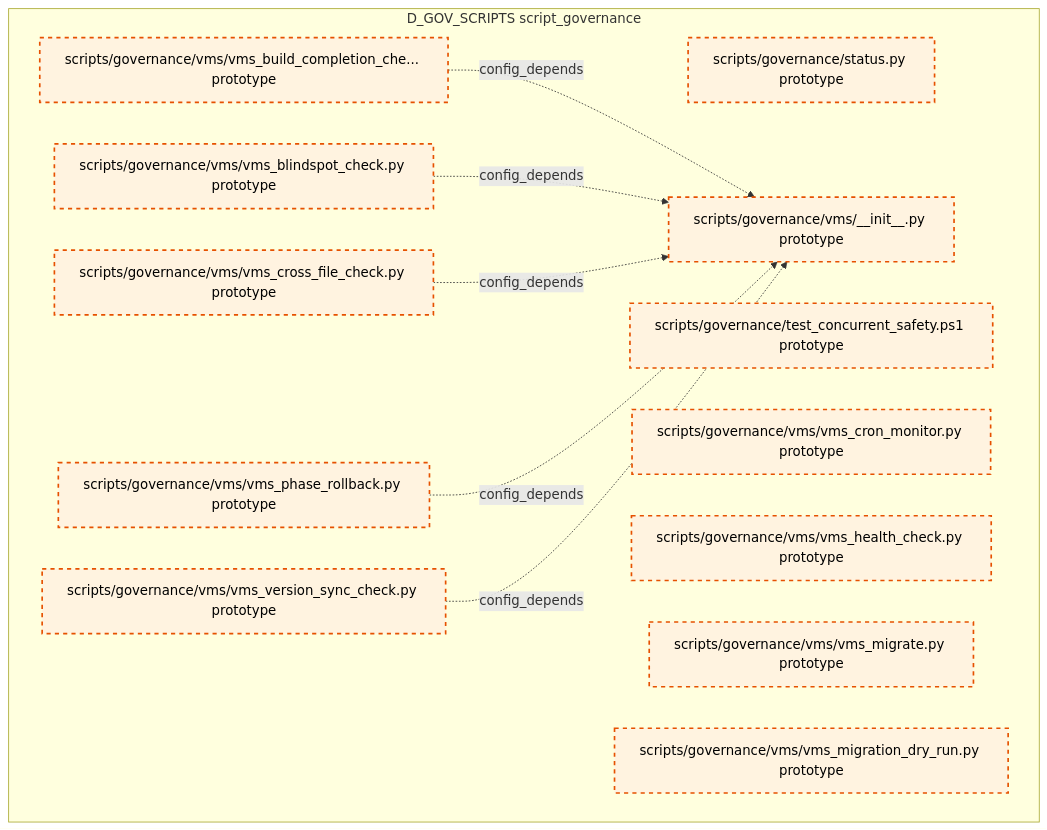
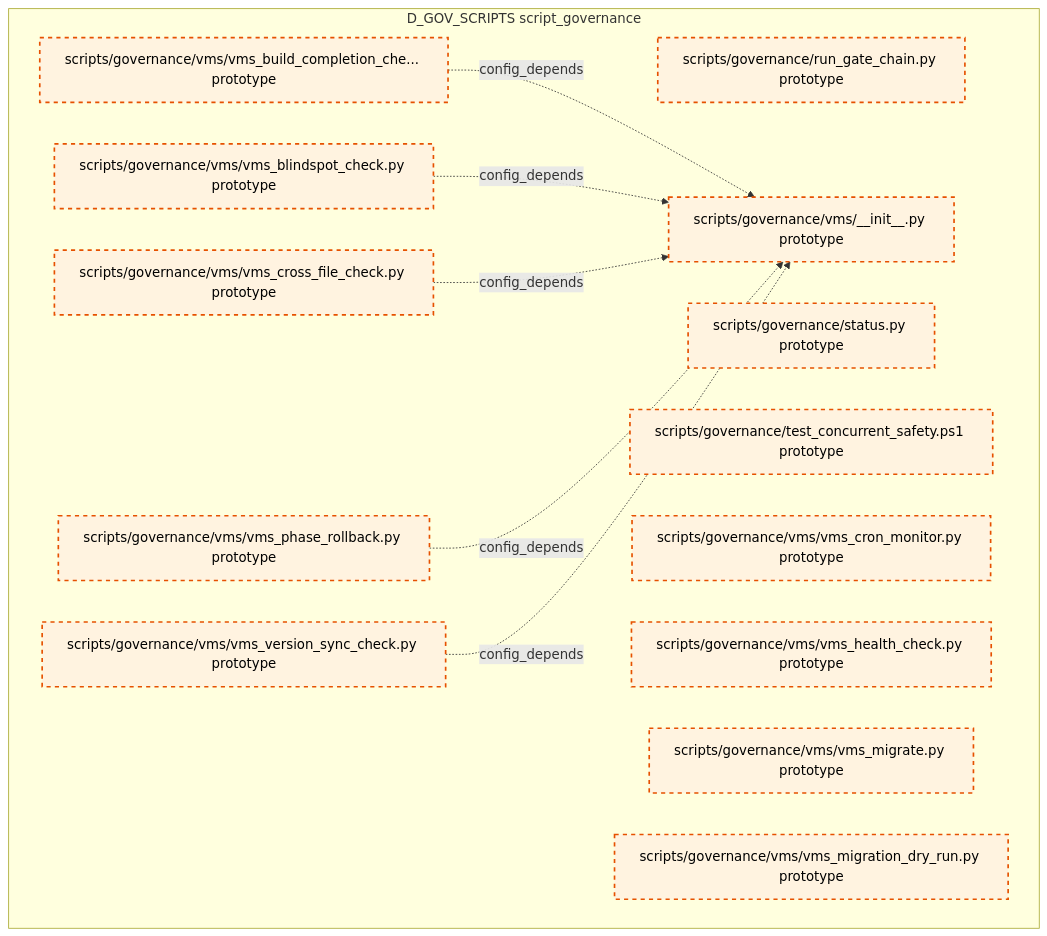
One commit to xuanFelixVan/ZephyrAlpha changed diagram 15 of 15 in docs/02_enterprise_architecture/02_domain_architecture_docs/36_d_gov_scripts.md. Above: the diagram before and after it, drawn with Mermaid. The commit also changed other lines of this file and 100 other files, not shown here.

````diff
--- a/docs/02_enterprise_architecture/02_domain_architecture_docs/36_d_gov_scripts.md
+++ b/docs/02_enterprise_architecture/02_domain_architecture_docs/36_d_gov_scripts.md
@@ -1012,27 +1008,28 @@
 ```mermaid
 graph TD
     subgraph D_GOV_SCRIPTS["D_GOV_SCRIPTS script_governance"]
+        scripts_governance_run_gate_chain_py["scripts/governance/run_gate_chain.py prototype"]
         scripts_governance_status_py["scripts/governance/status.py prototype"]
         scripts_governance_test_concurrent_safety_ps1["scripts/governance/test_concurrent_safety.ps1 prototype"]
         scripts_governance_vms_init_py["scripts/governance/vms/__init__.py prototype"]
         scripts_governance_vms_vms_blindspot_check_py["scripts/governance/vms/vms_blindspot_check.py prototype"]
         scripts_governance_vms_vms_build_completion_check_py["scripts/governance/vms/vms_build_completion_che... prototype"]
         scripts_governance_vms_vms_cron_monitor_py["scripts/governance/vms/vms_cron_monitor.py prototype"]
         scripts_governance_vms_vms_cross_file_check_py["scripts/governance/vms/vms_cross_file_check.py prototype"]
         scripts_governance_vms_vms_health_check_py["scripts/governance/vms/vms_health_check.py prototype"]
         scripts_governance_vms_vms_migrate_py["scripts/governance/vms/vms_migrate.py prototype"]
         scripts_governance_vms_vms_migration_dry_run_py["scripts/governance/vms/vms_migration_dry_run.py prototype"]
         scripts_governance_vms_vms_phase_rollback_py["scripts/governance/vms/vms_phase_rollback.py prototype"]
         scripts_governance_vms_vms_version_sync_check_py["scripts/governance/vms/vms_version_sync_check.py prototype"]
     end
     scripts_governance_vms_vms_build_completion_check_py -.->|config_depends| scripts_governance_vms_init_py
     scripts_governance_vms_vms_blindspot_check_py -.->|config_depends| scripts_governance_vms_init_py
     scripts_governance_vms_vms_cross_file_check_py -.->|config_depends| scripts_governance_vms_init_py
     scripts_governance_vms_vms_phase_rollback_py -.->|config_depends| scripts_governance_vms_init_py
     scripts_governance_vms_vms_version_sync_check_py -.->|config_depends| scripts_governance_vms_init_py
     classDef production fill:#e1f5fe,stroke:#01579b,stroke-width:2px,color:#000
     classDef design fill:#fff3e0,stroke:#e65100,stroke-width:2px,color:#000,stroke-dasharray: 5 5
     classDef external_prod fill:#e8f5e9,stroke:#1b5e20,stroke-width:1px,color:#000
     classDef external_design fill:#fce4ec,stroke:#880e4f,stroke-width:1px,color:#000,stroke-dasharray: 5 5
-    class scripts_governance_status_py,scripts_governance_test_concurrent_safety_ps1,scripts_governance_vms_init_py,scripts_governance_vms_vms_blindspot_check_py,scripts_governance_vms_vms_build_completion_check_py,scripts_governance_vms_vms_cron_monitor_py,scripts_governance_vms_vms_cross_file_check_py,scripts_governance_vms_vms_health_check_py,scripts_governance_vms_vms_migrate_py,scripts_governance_vms_vms_migration_dry_run_py,scripts_governance_vms_vms_phase_rollback_py,scripts_governance_vms_vms_version_sync_check_py design
+    class scripts_governance_run_gate_chain_py,scripts_governance_status_py,scripts_governance_test_concurrent_safety_ps1,scripts_governance_vms_init_py,scripts_governance_vms_vms_blindspot_check_py,scripts_governance_vms_vms_build_completion_check_py,scripts_governance_vms_vms_cron_monitor_py,scripts_governance_vms_vms_cross_file_check_py,scripts_governance_vms_vms_health_check_py,scripts_governance_vms_vms_migrate_py,scripts_governance_vms_vms_migration_dry_run_py,scripts_governance_vms_vms_phase_rollback_py,scripts_governance_vms_vms_version_sync_check_py design
 ```
````
